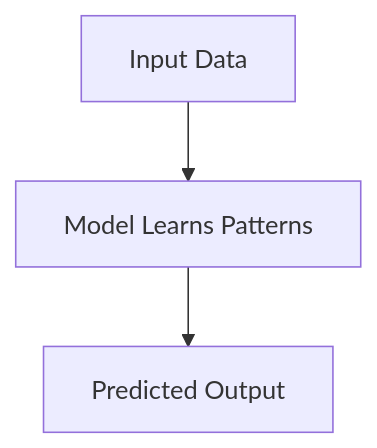
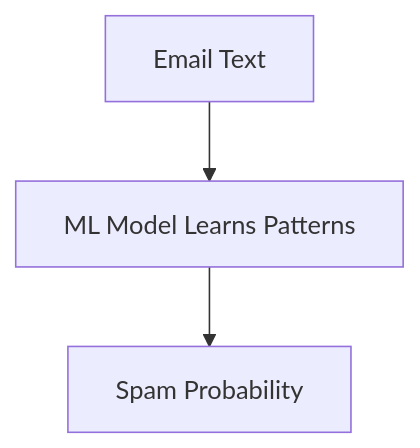
One commit to FortinetCloudCSE/genai-creator-lab changed the first of 6 diagrams in content/00introduction/introduction_ml.md. Above: the diagram before and after it, drawn with Mermaid. The commit also changed other lines of this file, not shown here.

````diff
--- a/content/00introduction/introduction_ml.md
+++ b/content/00introduction/introduction_ml.md
@@ -11,5 +160,5 @@
 ```mermaid
 graph TD
-    A[Input Data] --> B[Model Learns Patterns]
-    B --> C[Predicted Output]
+    A[Email Text] --> B[ML Model Learns Patterns]
+    B --> C[Spam Probability]
 ```
````
